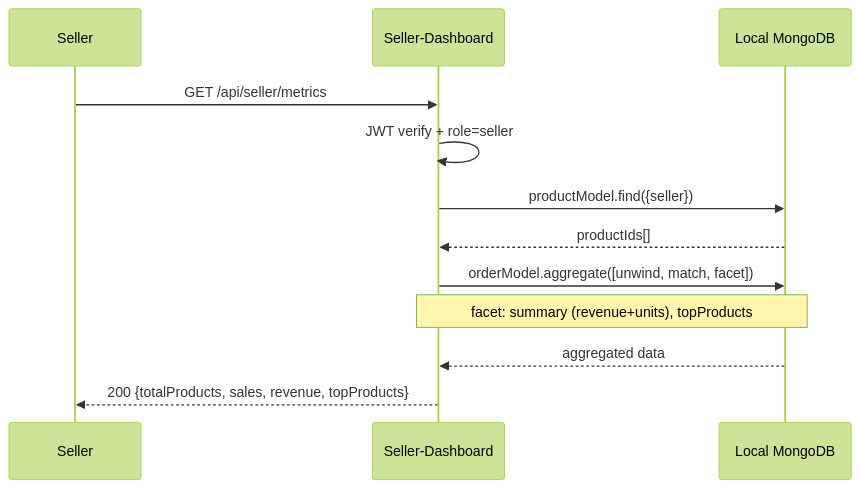
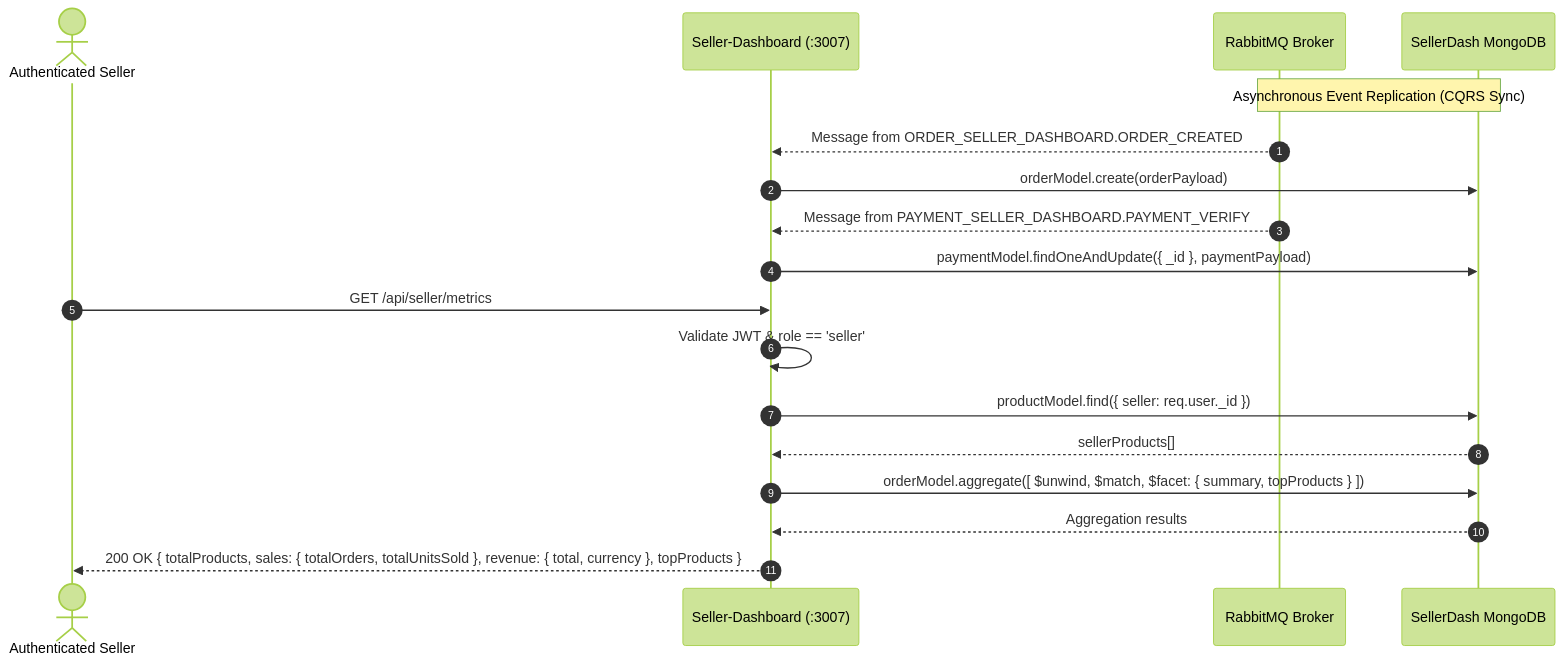
Before and after one commit to itsam-13/Vendora: diagram 17 of 17 in README.md, drawn with Mermaid (forest theme). The commit also changed other lines of this file, not shown here.

Commit message:
docs: update README.md with comprehensive microservices architecture and event topology

````diff
--- a/README.md
+++ b/README.md
@@ -911,15 +1049,24 @@
 ```mermaid
 sequenceDiagram
-    participant S as Seller
-    participant SD as Seller-Dashboard
-    participant DB as Local MongoDB
+    autonumber
+    actor Seller as Authenticated Seller
+    participant SD as Seller-Dashboard (:3007)
+    participant MQ as RabbitMQ Broker
+    participant LocalDB as SellerDash MongoDB
 
-    S->>SD: GET /api/seller/metrics
-    SD->>SD: JWT verify + role=seller
-    SD->>DB: productModel.find({seller})
-    DB-->>SD: productIds[]
-    SD->>DB: orderModel.aggregate([unwind, match, facet])
-    Note over SD,DB: facet: summary (revenue+units), topProducts
-    DB-->>SD: aggregated data
-    SD-->>S: 200 {totalProducts, sales, revenue, topProducts}
+    %% Background Event Ingestion
+    Note over MQ,LocalDB: Asynchronous Event Replication (CQRS Sync)
+    MQ-->>SD: Message from ORDER_SELLER_DASHBOARD.ORDER_CREATED
+    SD->>LocalDB: orderModel.create(orderPayload)
+    MQ-->>SD: Message from PAYMENT_SELLER_DASHBOARD.PAYMENT_VERIFY
+    SD->>LocalDB: paymentModel.findOneAndUpdate({ _id }, paymentPayload)
+
+    %% Analytics Request
+    Seller->>SD: GET /api/seller/metrics
+    SD->>SD: Validate JWT & role == 'seller'
+    SD->>LocalDB: productModel.find({ seller: req.user._id })
+    LocalDB-->>SD: sellerProducts[]
+    SD->>LocalDB: orderModel.aggregate([ $unwind, $match, $facet: { summary, topProducts } ])
+    LocalDB-->>SD: Aggregation results
+    SD-->>Seller: 200 OK { totalProducts, sales: { totalOrders, totalUnitsSold }, revenue: { total, currency }, topProducts }
 ```
````
